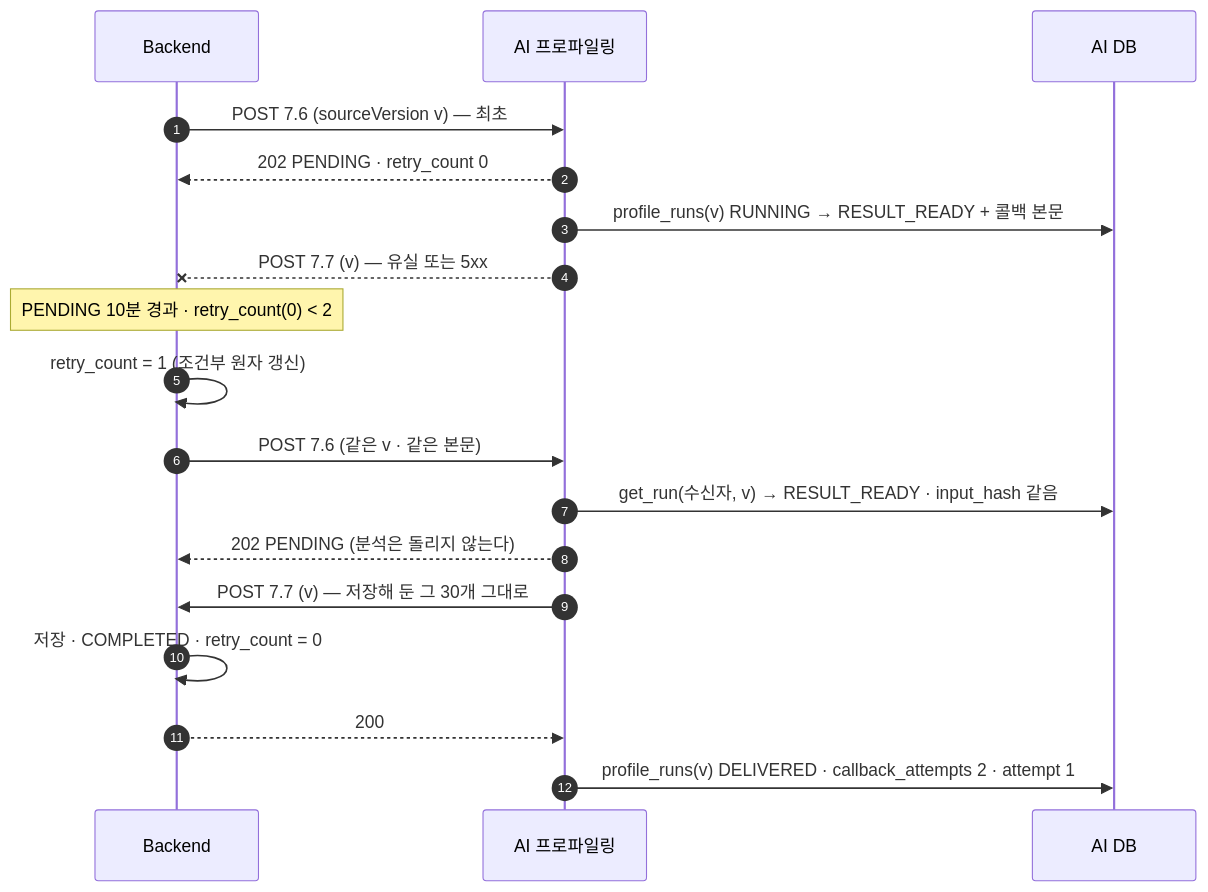
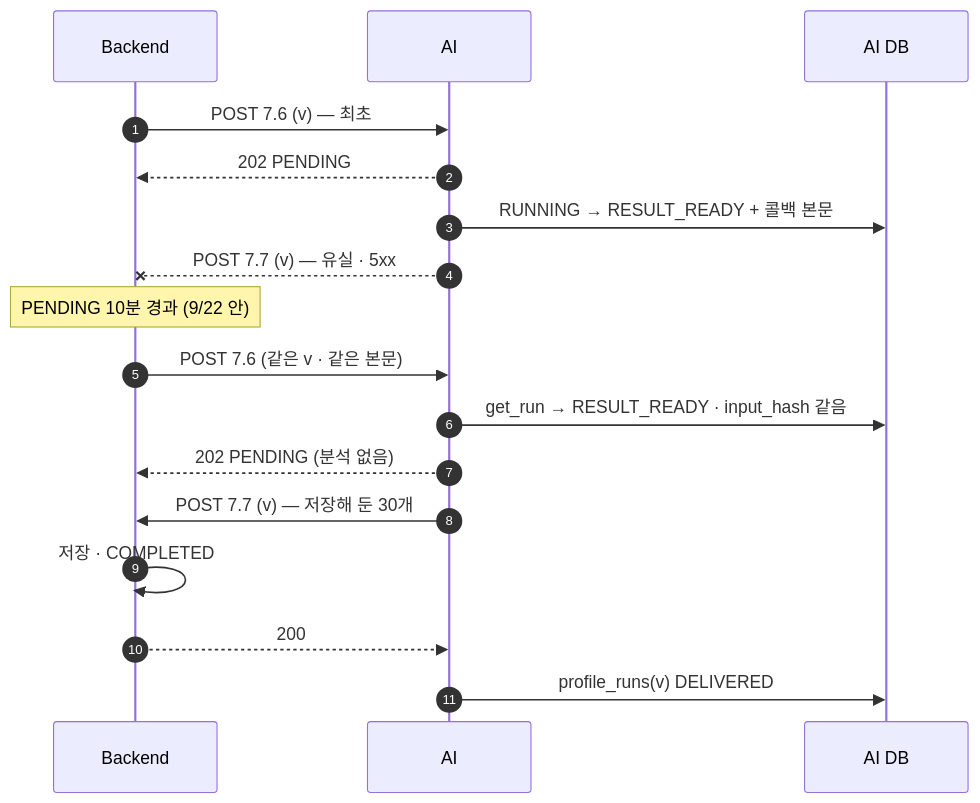
Before and after one commit to 100-hours-a-week/KTB4-12th-AI: the sixth of 6 diagrams in profiling/docs/BE_연동_필드표_v1.md, drawn with Mermaid. The commit also changed other lines of this file and 70 other files, not shown here.

````diff
--- a/profiling/docs/BE_연동_필드표_v1.md
+++ b/profiling/docs/BE_연동_필드표_v1.md
@@ -419,20 +414,19 @@
 ```mermaid
 sequenceDiagram
   autonumber
   participant BE as Backend
-  participant AI as AI 프로파일링
+  participant AI as AI
   participant DB as AI DB
-  BE->>AI: POST 7.6 (sourceVersion v) — 최초
-  AI-->>BE: 202 PENDING · retry_count 0
-  AI->>DB: profile_runs(v) RUNNING → RESULT_READY + 콜백 본문
-  AI--xBE: POST 7.7 (v) — 유실 또는 5xx
-  Note over BE: PENDING 10분 경과 · retry_count(0) < 2
-  BE->>BE: retry_count = 1 (조건부 원자 갱신)
+  BE->>AI: POST 7.6 (v) — 최초
+  AI-->>BE: 202 PENDING
+  AI->>DB: RUNNING → RESULT_READY + 콜백 본문
+  AI--xBE: POST 7.7 (v) — 유실 · 5xx
+  Note over BE: PENDING 10분 경과 (9/22 안)
   BE->>AI: POST 7.6 (같은 v · 같은 본문)
-  AI->>DB: get_run(수신자, v) → RESULT_READY · input_hash 같음
-  AI-->>BE: 202 PENDING (분석은 돌리지 않는다)
-  AI->>BE: POST 7.7 (v) — 저장해 둔 그 30개 그대로
-  BE->>BE: 저장 · COMPLETED · retry_count = 0
+  AI->>DB: get_run → RESULT_READY · input_hash 같음
+  AI-->>BE: 202 PENDING (분석 없음)
+  AI->>BE: POST 7.7 (v) — 저장해 둔 30개
+  BE->>BE: 저장 · COMPLETED
   BE-->>AI: 200
-  AI->>DB: profile_runs(v) DELIVERED · callback_attempts 2 · attempt 1
+  AI->>DB: profile_runs(v) DELIVERED
 ```
````
